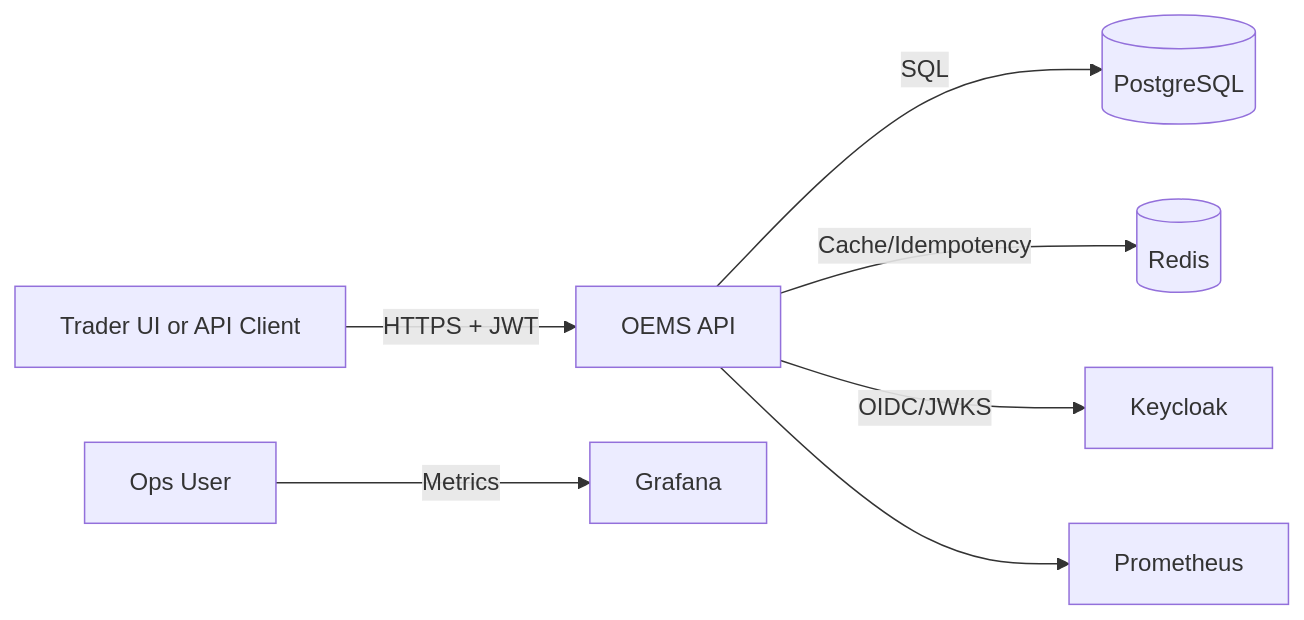
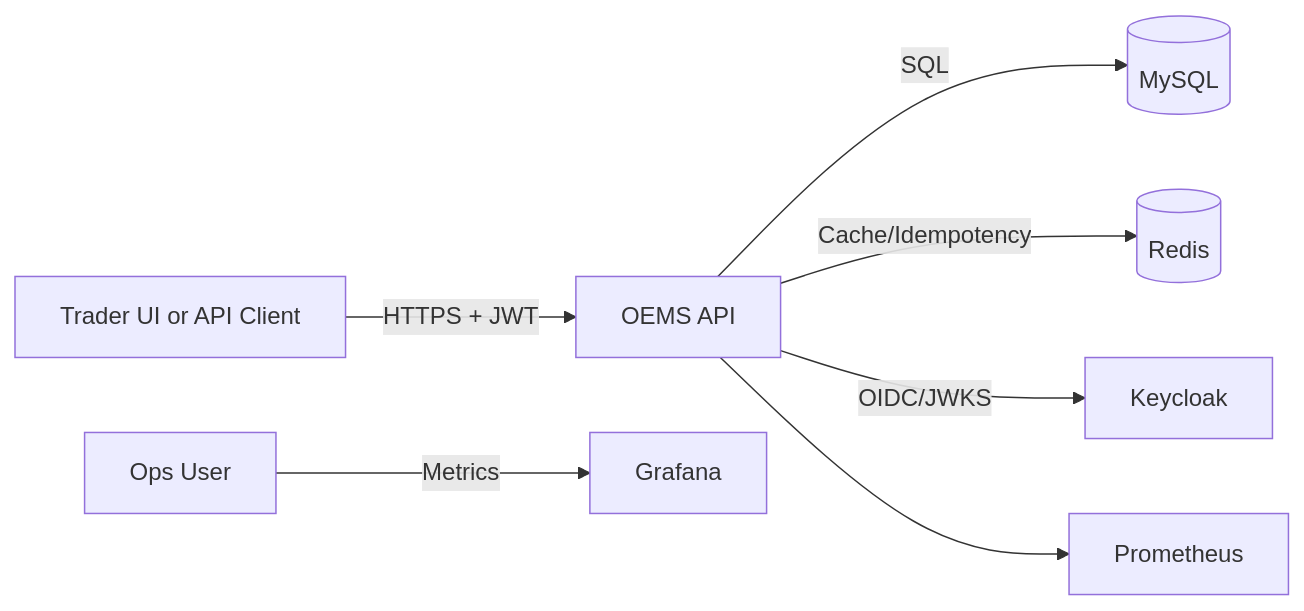
Before and after one commit to Aniket-gawade/oems: the first of 4 diagrams in docs/OEMS_PHASE1_COOKBOOK.md, drawn with Mermaid. The commit also changed other lines of this file and 8 other files, not shown here.

````diff
--- a/docs/OEMS_PHASE1_COOKBOOK.md
+++ b/docs/OEMS_PHASE1_COOKBOOK.md
@@ -213,9 +213,9 @@
 ```mermaid
 flowchart LR
     Trader[Trader UI or API Client] -->|HTTPS + JWT| OEMS[OEMS API]
-    OEMS -->|SQL| PG[(PostgreSQL)]
+    OEMS -->|SQL| MY[(MySQL)]
     OEMS -->|Cache/Idempotency| Redis[(Redis)]
     OEMS -->|OIDC/JWKS| KC[Keycloak]
     Ops[Ops User] -->|Metrics| Grafana[Grafana]
     OEMS --> Prometheus[Prometheus]
 ```
````
